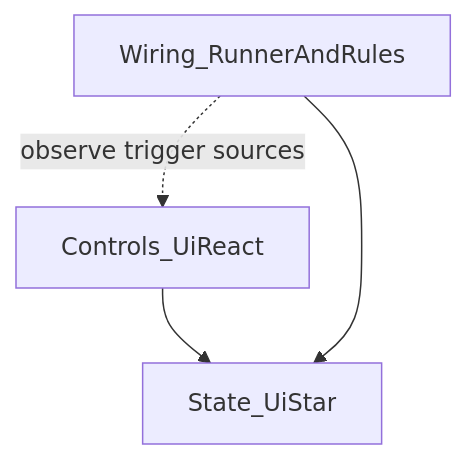
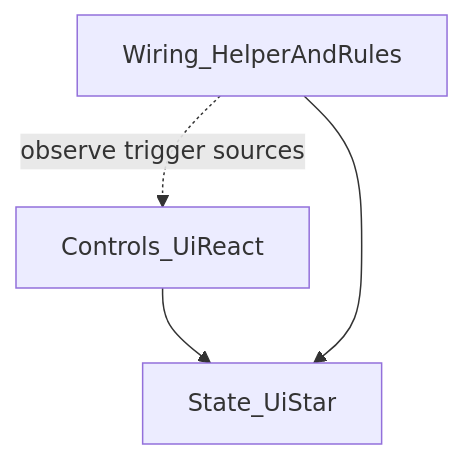
Before and after one commit to bioartgames/ui_react: the diagram in addons/ui_react/docs/WIRING_LAYER.md, drawn with Mermaid. The commit also changed other lines of this file and 23 other files, not shown here.

Commit message:
Decentralize wire rules (remove runner)

````diff
--- a/addons/ui_react/docs/WIRING_LAYER.md
+++ b/addons/ui_react/docs/WIRING_LAYER.md
@@ -25,9 +25,9 @@
 ```mermaid
 flowchart TB
   Controls[Controls_UiReact]
   State[State_UiStar]
-  Wiring[Wiring_RunnerAndRules]
+  Wiring[Wiring_HelperAndRules]
   Controls --> State
   Wiring --> State
   Wiring -.->|"observe trigger sources"| Controls
 ```
````
